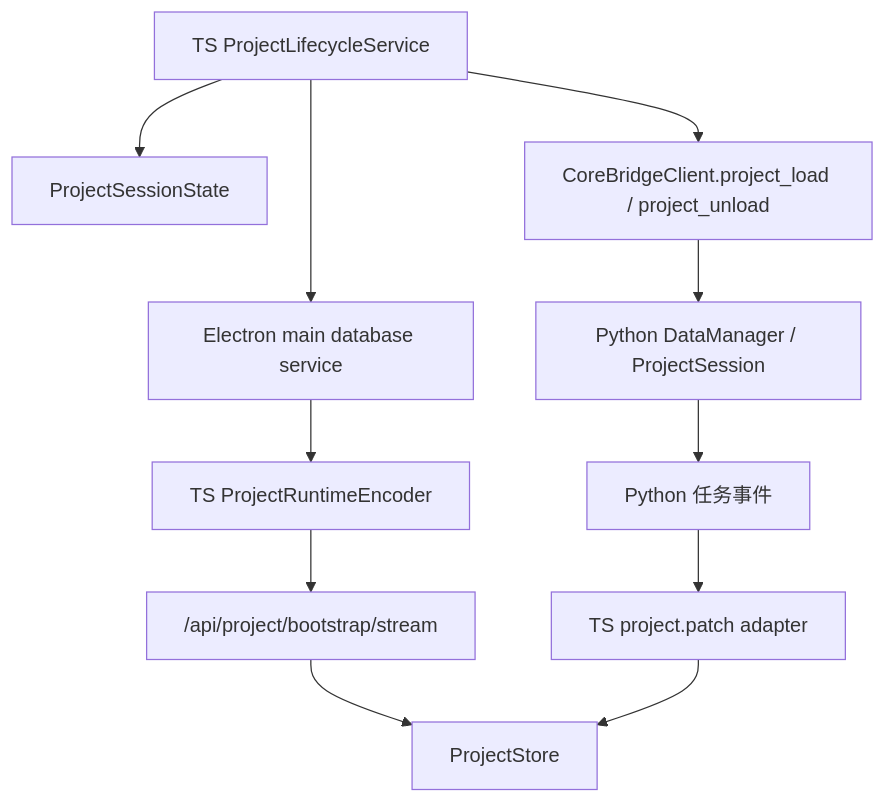
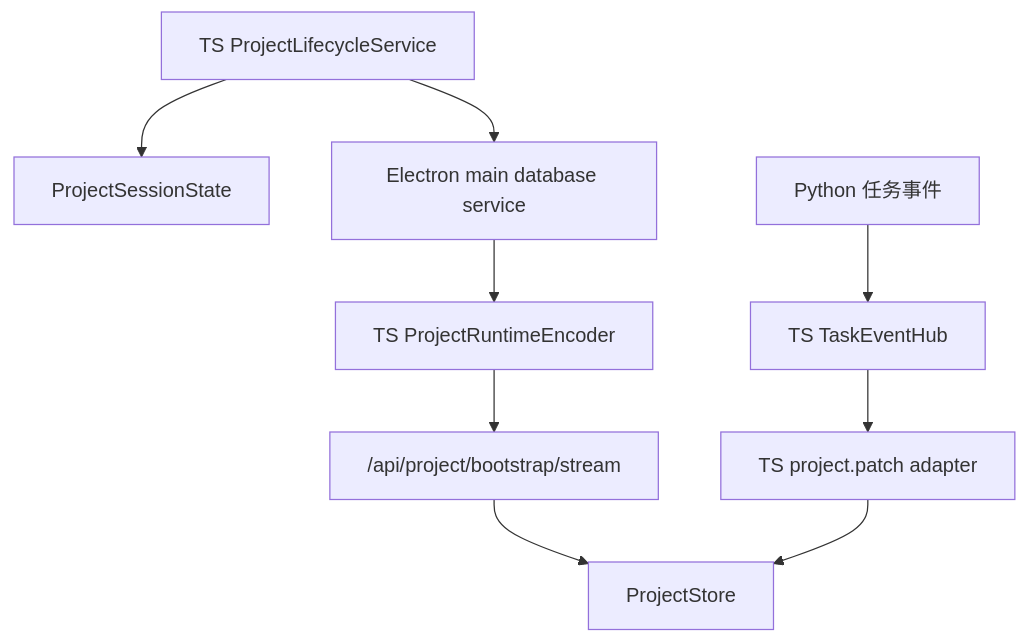
One commit to neavo/LinguaGacha changed the second of 4 diagrams in docs/DATA.md. Above: the diagram before and after it, drawn with Mermaid. The commit also changed other lines of this file and 53 other files, not shown here.

````diff
--- a/docs/DATA.md
+++ b/docs/DATA.md
@@ -71,13 +72,11 @@
 ```mermaid
 flowchart TD
     A["TS ProjectLifecycleService"] --> B["ProjectSessionState"]
     A --> C["Electron main database service"]
-    A --> D["CoreBridgeClient.project_load / project_unload"]
-    D --> E["Python DataManager / ProjectSession"]
-    C --> F["TS ProjectRuntimeEncoder"]
-    F --> G["/api/project/bootstrap/stream"]
-    G --> H["ProjectStore"]
-    E --> I["Python 任务事件"]
-    I --> J["TS project.patch adapter"]
-    J --> H
+    C --> D["TS ProjectRuntimeEncoder"]
+    D --> E["/api/project/bootstrap/stream"]
+    E --> F["ProjectStore"]
+    G["Python 任务事件"] --> H["TS TaskEventHub"]
+    H --> I["TS project.patch adapter"]
+    I --> F
 ```
````
